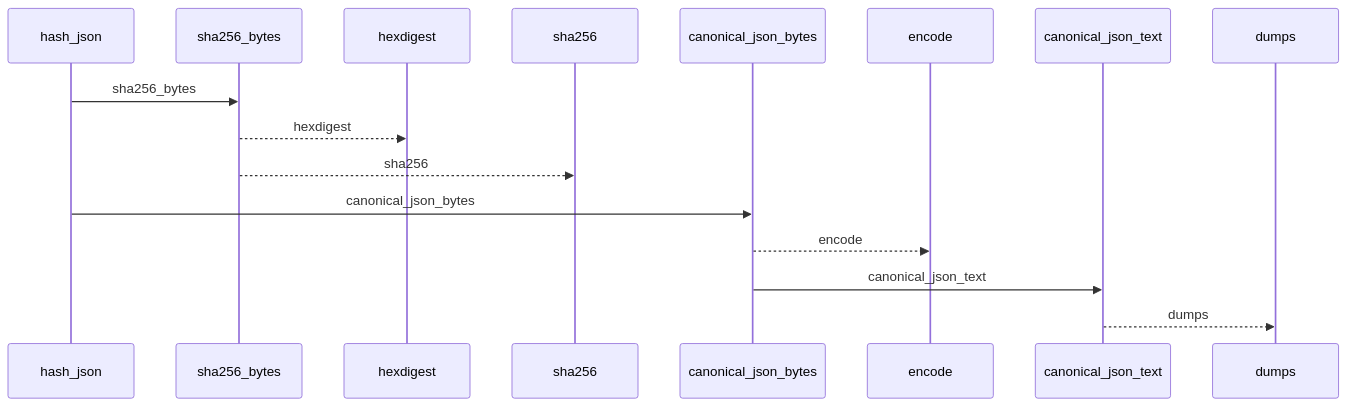
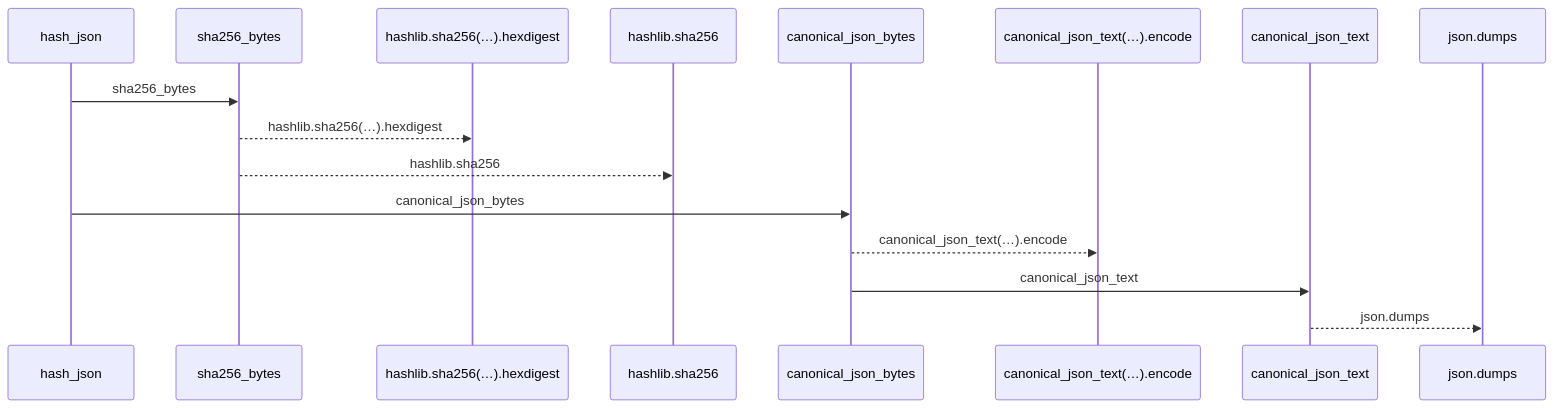
Before and after one commit to Denissvgn/python-wiki-llm: the first of 2 diagrams in docs/llm_wiki/flows/api-hash_json.md, drawn with Mermaid. The commit also changed other lines of this file and 719 other files, not shown here.

````diff
--- a/docs/llm_wiki/flows/api-hash_json.md
+++ b/docs/llm_wiki/flows/api-hash_json.md
@@ -10,18 +10,18 @@
 ```mermaid
 sequenceDiagram
     participant p0 as hash_json
     participant p1 as sha256_bytes
-    participant p2 as hexdigest
-    participant p3 as sha256
+    participant p2 as hashlib.sha256(…).hexdigest
+    participant p3 as hashlib.sha256
     participant p4 as canonical_json_bytes
-    participant p5 as encode
+    participant p5 as canonical_json_text(…).encode
     participant p6 as canonical_json_text
-    participant p7 as dumps
+    participant p7 as json.dumps
     p0->>p1: sha256_bytes
-    p1-->>p2: hexdigest
-    p1-->>p3: sha256
+    p1-->>p2: hashlib.sha256(…).hexdigest
+    p1-->>p3: hashlib.sha256
     p0->>p4: canonical_json_bytes
-    p4-->>p5: encode
+    p4-->>p5: canonical_json_text(…).encode
     p4->>p6: canonical_json_text
-    p6-->>p7: dumps
+    p6-->>p7: json.dumps
 ```
````
